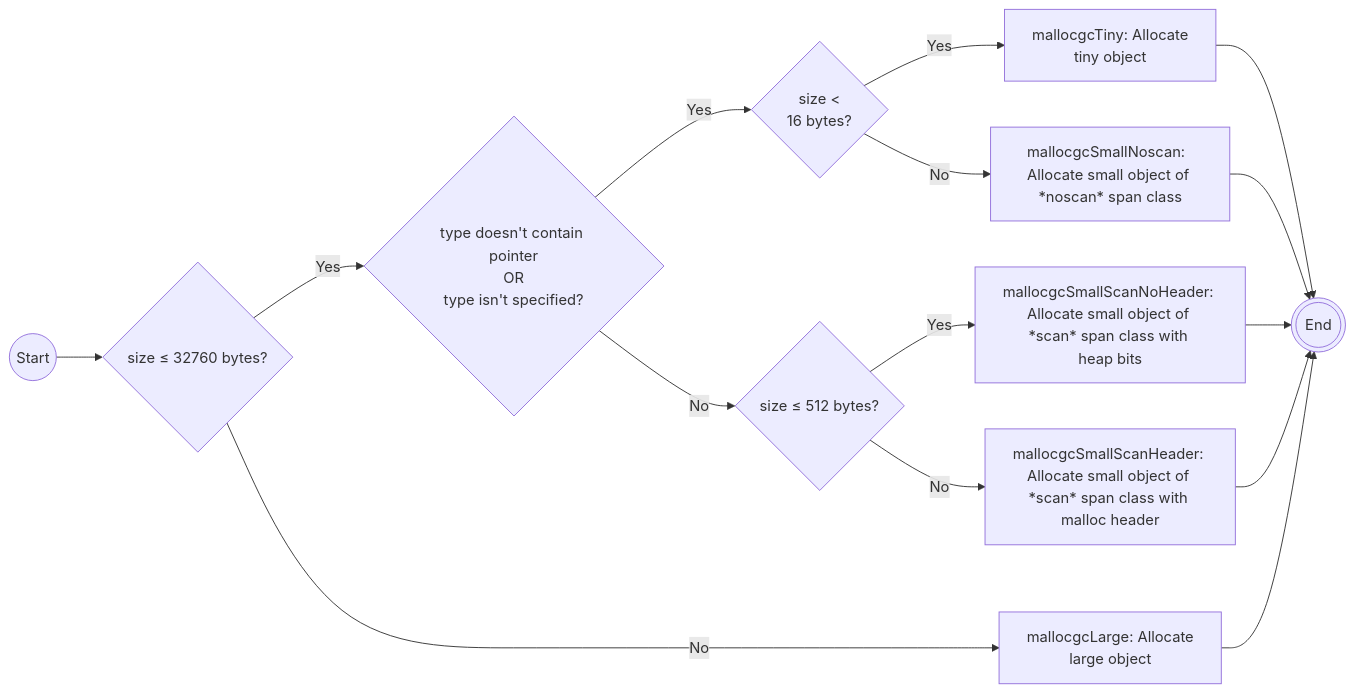
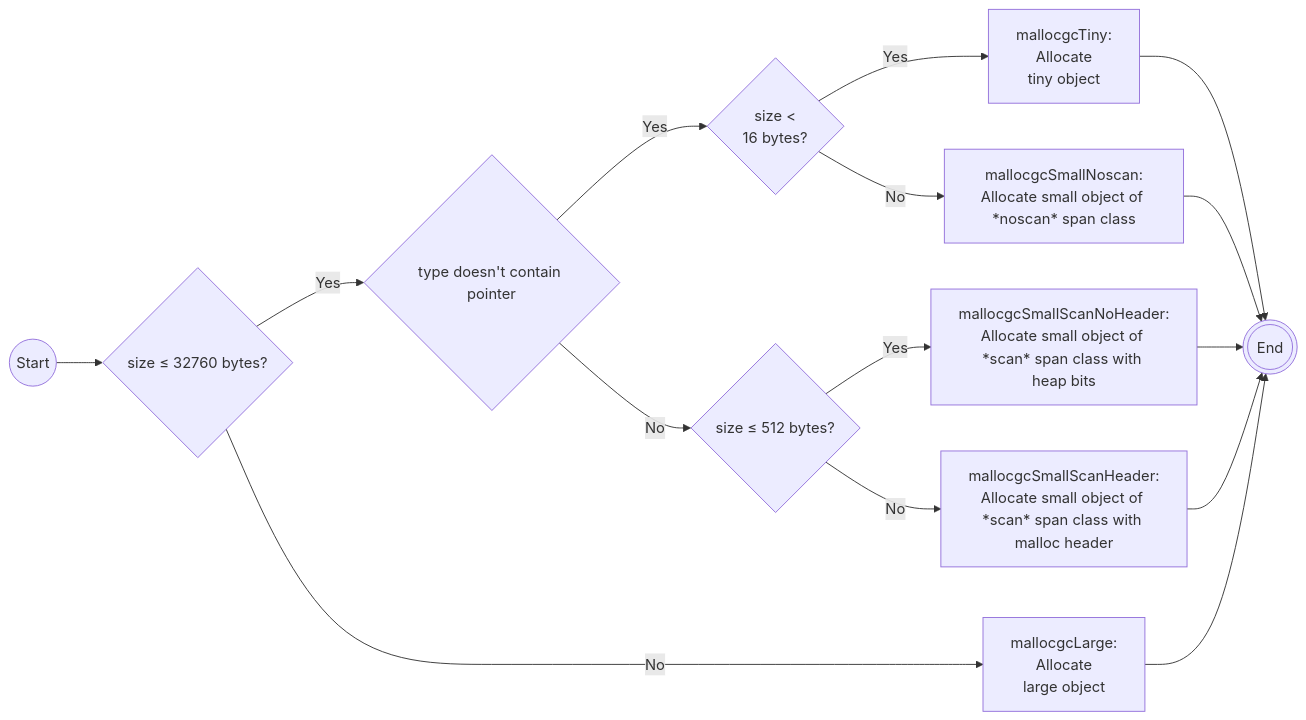
One commit to nghiant3223/nghiant3223.github.io changed the fifth of 6 diagrams in _drafts/2025-06-03-memory_allocation_in_go.md. Above: the diagram before and after it, drawn with Mermaid. The commit also changed other lines of this file and 15 other files, not shown here.

```diff
--- a/_drafts/2025-06-03-memory_allocation_in_go.md
+++ b/_drafts/2025-06-03-memory_allocation_in_go.md
@@ -859,19 +580,19 @@
                 <pre class="mermaid" style="margin: unset">
 
 flowchart LR
 A((Start)) --> B{size ≤ 32760 bytes?}
-B -- Yes --> C{type doesn't contain pointer<br/>OR<br/>type isn't specified?}
+B -- Yes --> C{type doesn't contain pointer}
 C -- Yes --> D{size <<br/>16 bytes?}
-D -- Yes --> E[mallocgcTiny: Allocate<br/>tiny object]
-D -- No --> F[mallocgcSmallNoscan:&nbsp;&nbsp;<br/>Allocate small object of *noscan* span class]
+D -- Yes --> E[mallocgcTiny:<br/>Allocate<br/>tiny object]
+D -- No --> F[mallocgcSmallNoscan:<br/>Allocate small object of *noscan* span class]
 C -- No --> G{size ≤ 512 bytes?}
-G -- Yes --> H[mallocgcSmallScanNoHeader: Allocate small object of *scan* span class with <br/>heap bits]
-G -- No --> I[mallocgcSmallScanHeader: Allocate small object of *scan* span class with malloc header]
-B -- No --> J[mallocgcLarge: Allocate<br/>large object]
+G -- Yes --> H[mallocgcSmallScanNoHeader:<br/>Allocate small object of *scan* span class with <br/>heap bits]
+G -- No --> I[mallocgcSmallScanHeader:<br/>Allocate small object of *scan* span class with malloc header]
+B -- No --> J[mallocgcLarge:<br/>Allocate<br/>large object]
 E --> Z(((End)))
 F --> Z
 H --> Z
 I --> Z
 J --> Z
 
                 </pre>
```
